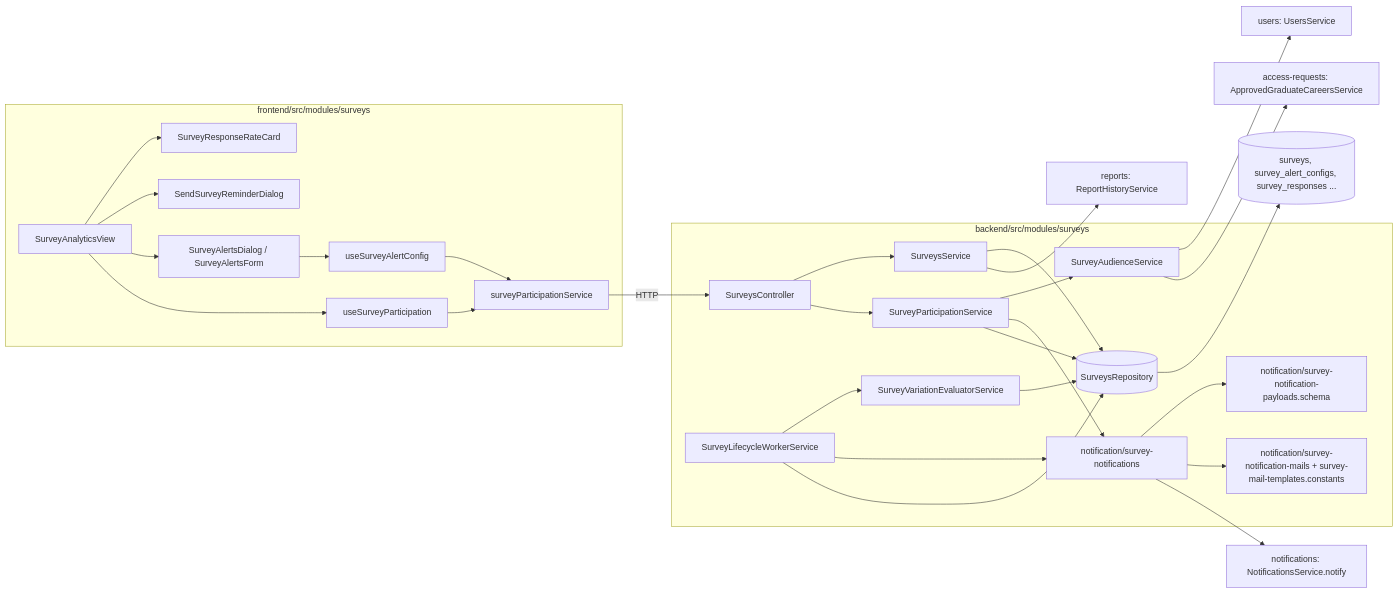
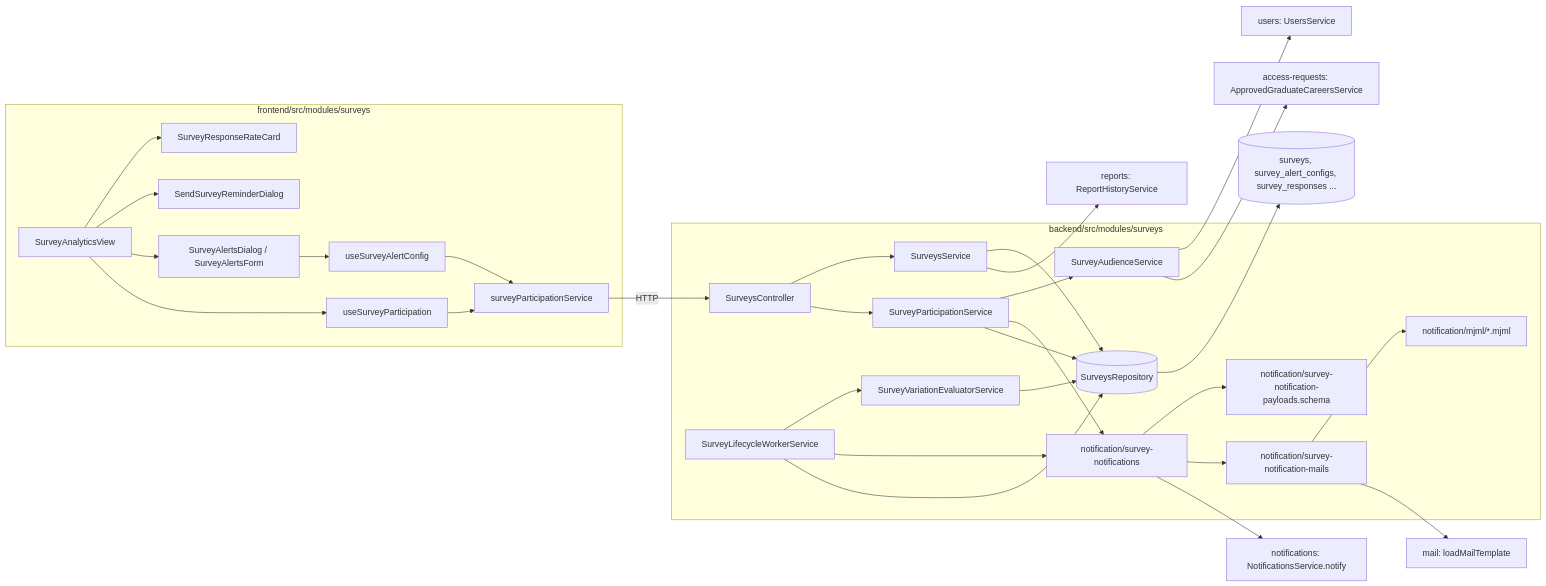
The first of 4 diagrams in docs/surveys/README.md (UMSSY/umssy-app), drawn with Mermaid before and after one commit. The commit also changed other lines of this file and 8 other files, not shown here.

Commit message:
refactor(surveys): reuse shared mail template loader and update docs

````diff
--- a/docs/surveys/README.md
+++ b/docs/surveys/README.md
@@ -27,32 +27,34 @@
 ```mermaid
 flowchart LR
   subgraph Frontend["frontend/src/modules/surveys"]
     AV[SurveyAnalyticsView] --> RC[SurveyResponseRateCard]
     AV --> RD[SendSurveyReminderDialog]
     AV --> AD[SurveyAlertsDialog / SurveyAlertsForm]
     AV --> HP[useSurveyParticipation]
     AD --> HA[useSurveyAlertConfig]
     HP --> PS[surveyParticipationService]
     HA --> PS
   end
   PS -->|HTTP| SC[SurveysController]
   subgraph Backend["backend/src/modules/surveys"]
     SC --> SS[SurveysService]
     SC --> PSV[SurveyParticipationService]
     PSV --> AUD[SurveyAudienceService]
     W[SurveyLifecycleWorkerService] --> VE[SurveyVariationEvaluatorService]
     PSV --> NT[notification/survey-notifications]
     W --> NT
     NT --> ZOD[notification/survey-notification-payloads.schema]
-    NT --> ML[notification/survey-notification-mails + survey-mail-templates.constants]
+    NT --> ML[notification/survey-notification-mails]
+    ML --> TPL[notification/mjml/*.mjml]
     SS --> R[(SurveysRepository)]
     PSV --> R
     W --> R
     VE --> R
   end
   AUD --> US[users: UsersService]
   AUD --> AG[access-requests: ApprovedGraduateCareersService]
   NT --> N[notifications: NotificationsService.notify]
+  ML --> LMT[mail: loadMailTemplate]
   SS --> RH[reports: ReportHistoryService]
   R --> DB[(surveys, survey_alert_configs, survey_responses ...)]
 ```
````
